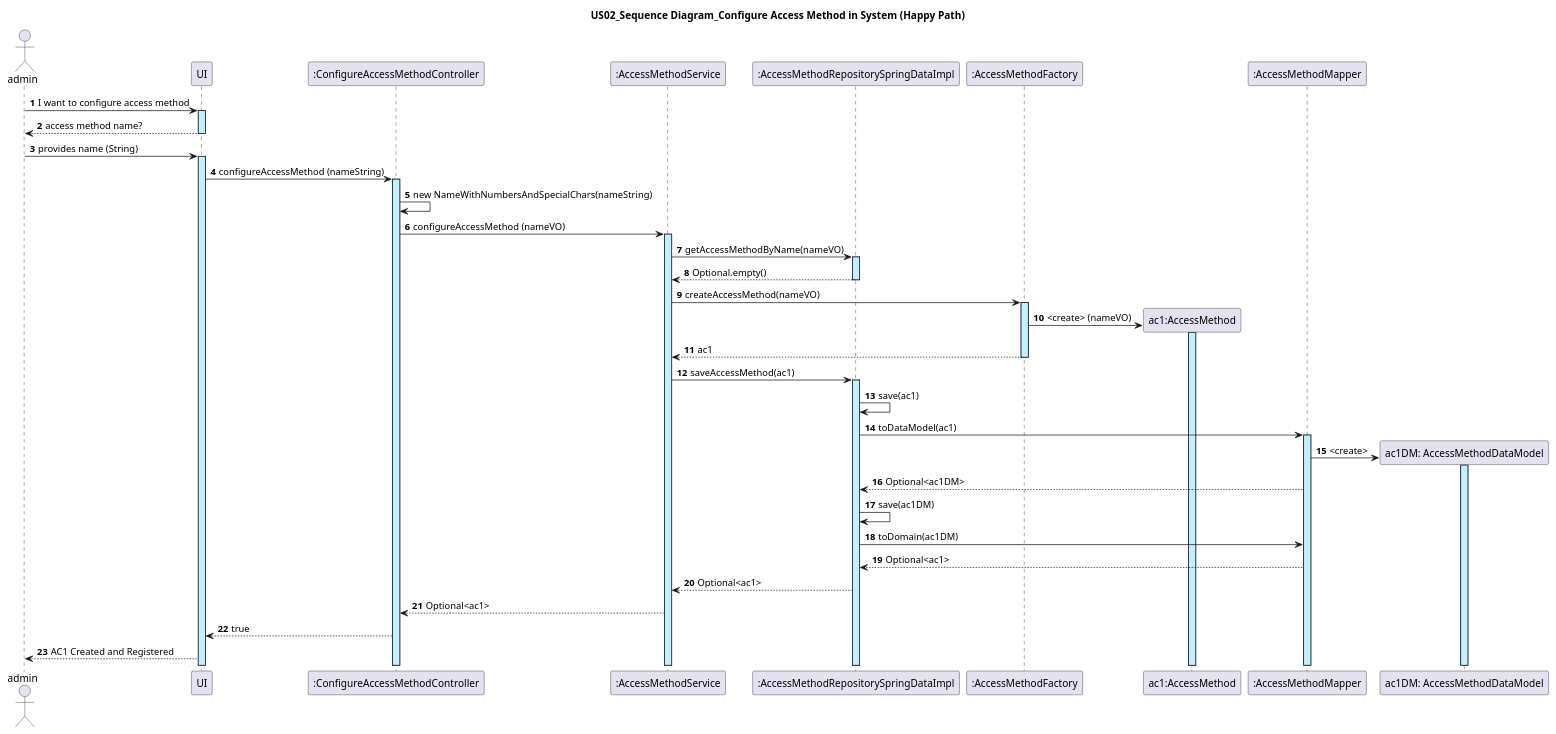
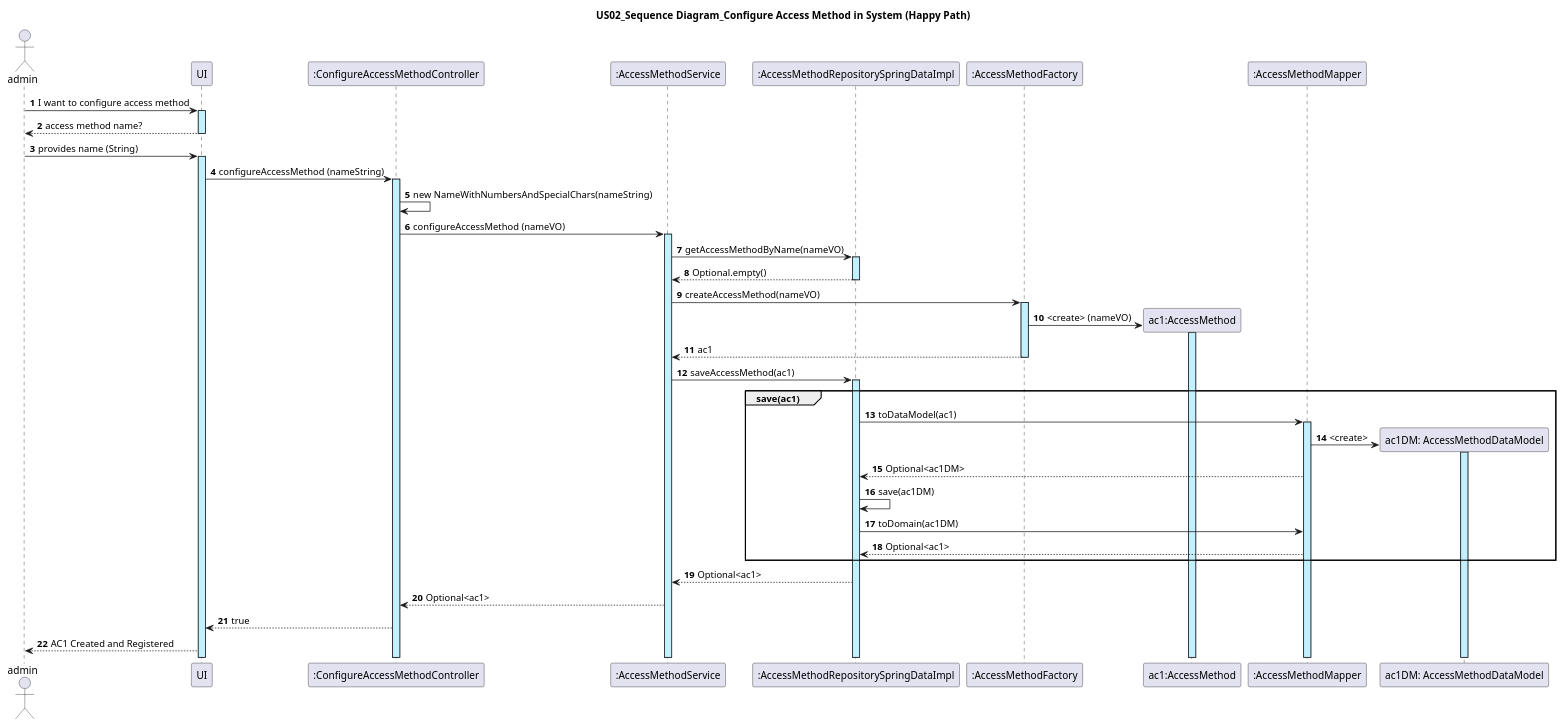
Before and after one commit to GasparISEP/DevOps-PAI: the diagram in docs/US02/US02_ConfigureAccessMethod_JPA_SequenceDiagram.puml, drawn with PlantUML.

Commit message:
Refactor US02 sequence diagram for saveAccessMethod process and group related actions. refs #299

```diff
--- a/docs/US02/US02_ConfigureAccessMethod_JPA_SequenceDiagram.puml
+++ b/docs/US02/US02_ConfigureAccessMethod_JPA_SequenceDiagram.puml
@@ -1,35 +1,35 @@
 @startuml
 actor admin
 autonumber
 
 title: US02_Sequence Diagram_Configure Access Method in System (Happy Path)
 
 admin -> UI ++ #application : I want to configure access method
 UI --> admin -- : access method name?
 admin -> UI ++ #application :provides name (String)
     UI -> ":ConfigureAccessMethodController" as ConfigureAccessMethodController ++ #application : configureAccessMethod (nameString)
 
 ConfigureAccessMethodController -> ConfigureAccessMethodController: new NameWithNumbersAndSpecialChars(nameString)
 
 ConfigureAccessMethodController -> ":AccessMethodService" ++ #application : configureAccessMethod (nameVO)
 ":AccessMethodService" -> ":AccessMethodRepositorySpringDataImpl" ++ #application:  getAccessMethodByName(nameVO)
 ":AccessMethodRepositorySpringDataImpl" --> ":AccessMethodService" -- #application: Optional.empty()
 ":AccessMethodService" -> ":AccessMethodFactory" as AccessMethodFactory ++ #application: createAccessMethod(nameVO)
 create "ac1:AccessMethod" as AccessMethod
 AccessMethodFactory -> AccessMethod  ++ #application  : <create> (nameVO)
 AccessMethodFactory --> ":AccessMethodService" -- : ac1
 ":AccessMethodService" -> ":AccessMethodRepositorySpringDataImpl" ++ #application: saveAccessMethod(ac1)
-":AccessMethodRepositorySpringDataImpl" -> ":AccessMethodRepositorySpringDataImpl": save(ac1)
-":AccessMethodRepositorySpringDataImpl" -> ":AccessMethodMapper" ++ #application: toDataModel(ac1)
-create "ac1DM: AccessMethodDataModel" as AccessMethodDataModel
-":AccessMethodMapper" -> AccessMethodDataModel ++ #application: <create>
-":AccessMethodMapper" --> ":AccessMethodRepositorySpringDataImpl": Optional<ac1DM>
-":AccessMethodRepositorySpringDataImpl" -> ":AccessMethodRepositorySpringDataImpl": save(ac1DM)
-":AccessMethodRepositorySpringDataImpl" -> ":AccessMethodMapper": toDomain(ac1DM)
-
-":AccessMethodMapper" --> ":AccessMethodRepositorySpringDataImpl": Optional<ac1>
+group save(ac1)
+    ":AccessMethodRepositorySpringDataImpl" -> ":AccessMethodMapper" ++ #application: toDataModel(ac1)
+    create "ac1DM: AccessMethodDataModel" as AccessMethodDataModel
+    ":AccessMethodMapper" -> AccessMethodDataModel ++ #application: <create>
+    ":AccessMethodMapper" --> ":AccessMethodRepositorySpringDataImpl": Optional<ac1DM>
+    ":AccessMethodRepositorySpringDataImpl" -> ":AccessMethodRepositorySpringDataImpl": save(ac1DM)
+    ":AccessMethodRepositorySpringDataImpl" -> ":AccessMethodMapper": toDomain(ac1DM)
+    ":AccessMethodMapper" --> ":AccessMethodRepositorySpringDataImpl": Optional<ac1>
+end
 ":AccessMethodRepositorySpringDataImpl" --> ":AccessMethodService": Optional<ac1>
 ":AccessMethodService" --> ConfigureAccessMethodController: Optional<ac1>
 ConfigureAccessMethodController --> UI: true
 UI --> admin: AC1 Created and Registered
 @enduml
```
